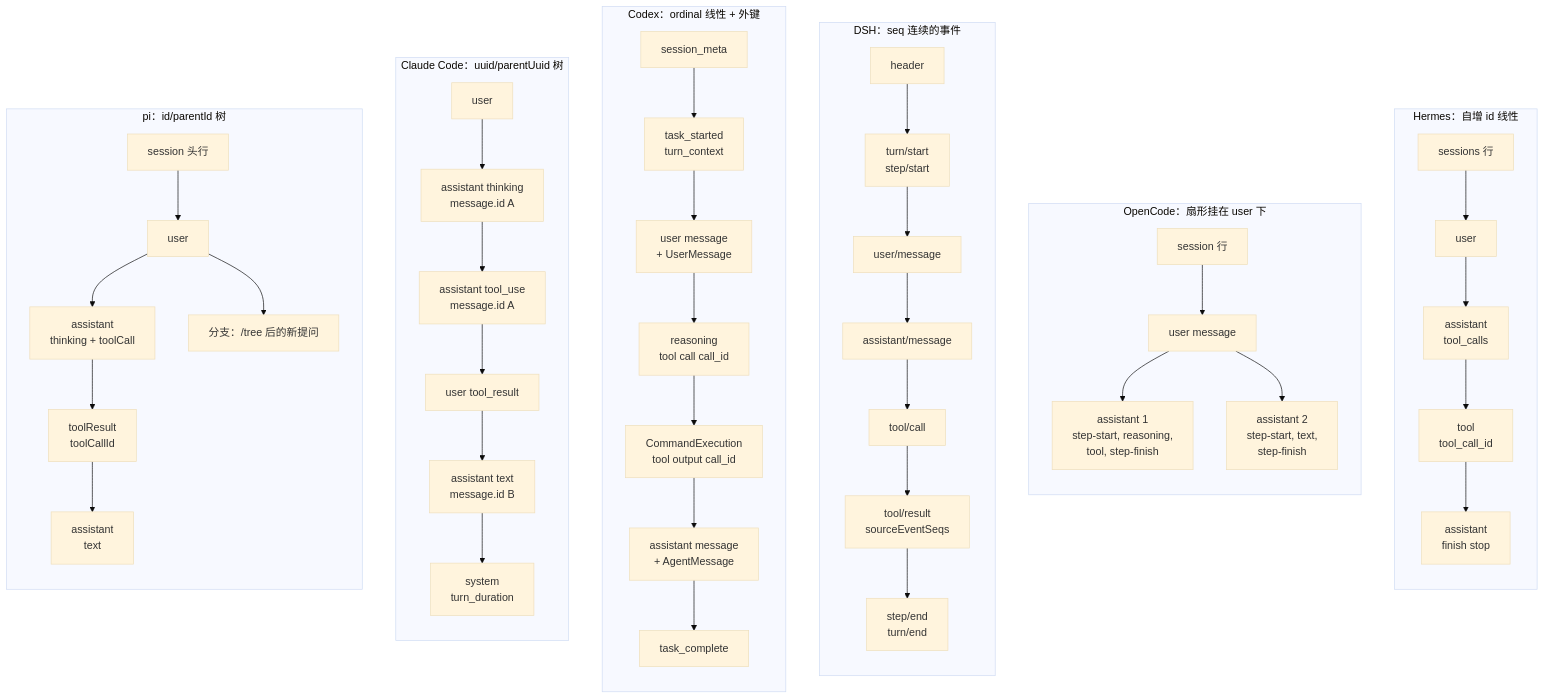
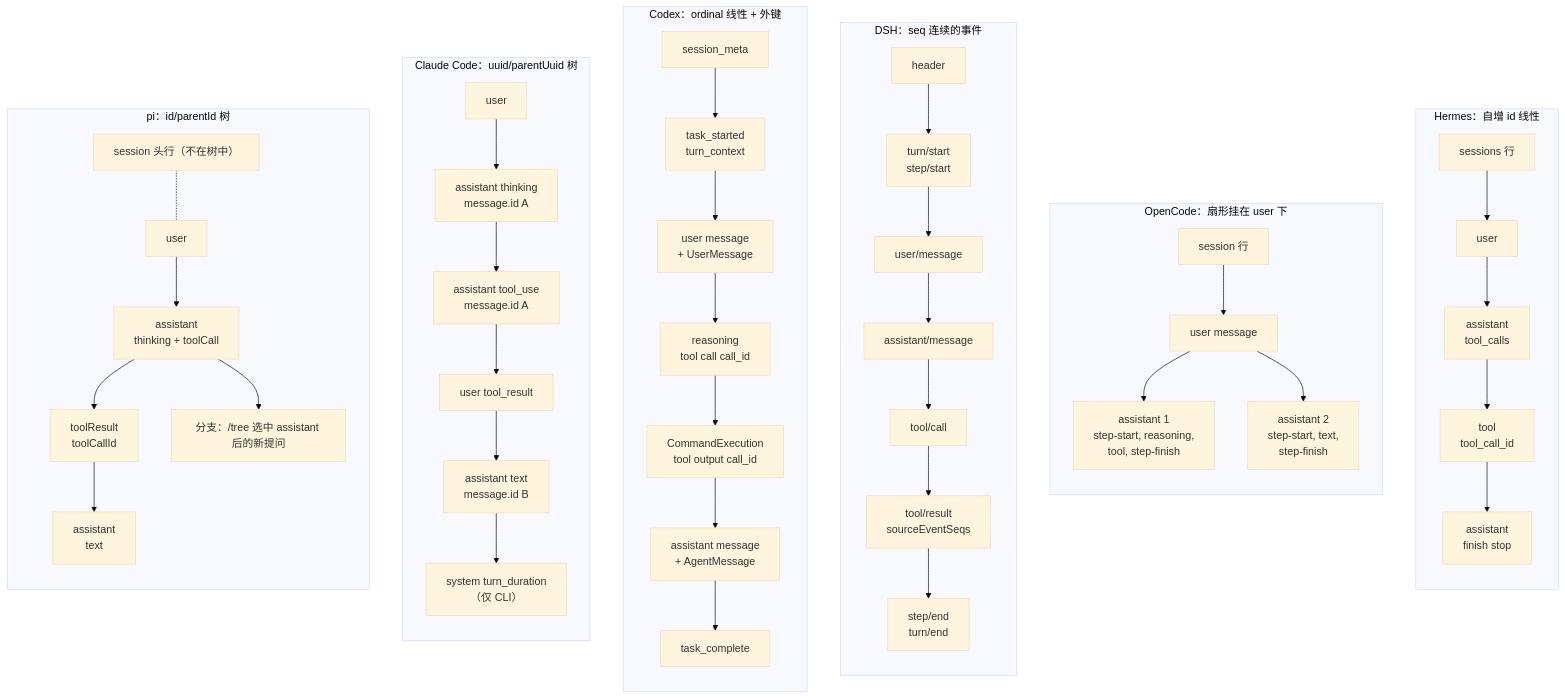
One commit to Orbit-Labs-AI/Orbit-Zhiyin changed the second of 2 diagrams in docs/research/agent-sessions/README.md. Above: the diagram before and after it, drawn with Mermaid (base theme). The commit also changed other lines of this file, not shown here.

````diff
--- a/docs/research/agent-sessions/README.md
+++ b/docs/research/agent-sessions/README.md
@@ -83,31 +83,31 @@
 ```mermaid
 flowchart LR
   subgraph PI["pi：id/parentId 树"]
     direction TB
-    p0["session 头行"] --> p1["user"] --> p2["assistant<br/>thinking + toolCall"] --> p3["toolResult<br/>toolCallId"] --> p4["assistant<br/>text"]
-    p1 --> p5["分支：/tree 后的新提问"]
+    p0["session 头行（不在树中）"] -.- p1["user"] --> p2["assistant<br/>thinking + toolCall"] --> p3["toolResult<br/>toolCallId"] --> p4["assistant<br/>text"]
+    p2 --> p5["分支：/tree 选中 assistant 后的新提问"]
   end
   subgraph CC["Claude Code：uuid/parentUuid 树"]
     direction TB
-    c1["user"] --> c2["assistant thinking<br/>message.id A"] --> c3["assistant tool_use<br/>message.id A"] --> c4["user tool_result"] --> c5["assistant text<br/>message.id B"] --> c6["system<br/>turn_duration"]
+    c1["user"] --> c2["assistant thinking<br/>message.id A"] --> c3["assistant tool_use<br/>message.id A"] --> c4["user tool_result"] --> c5["assistant text<br/>message.id B"] --> c6["system turn_duration<br/>（仅 CLI）"]
   end
   subgraph CX["Codex：ordinal 线性 + 外键"]
     direction TB
     x0["session_meta"] --> x1["task_started<br/>turn_context"] --> x2["user message<br/>+ UserMessage"] --> x3["reasoning<br/>tool call call_id"] --> x4["CommandExecution<br/>tool output call_id"] --> x5["assistant message<br/>+ AgentMessage"] --> x6["task_complete"]
   end
   subgraph DS["DSH：seq 连续的事件"]
     direction TB
     d0["header"] --> d1["turn/start<br/>step/start"] --> d2["user/message"] --> d3["assistant/message"] --> d4["tool/call"] --> d5["tool/result<br/>sourceEventSeqs"] --> d6["step/end<br/>turn/end"]
   end
   subgraph OC["OpenCode：扇形挂在 user 下"]
     direction TB
     o0["session 行"] --> o1["user message"]
     o1 --> o2["assistant 1<br/>step-start, reasoning,<br/>tool, step-finish"]
     o1 --> o3["assistant 2<br/>step-start, text,<br/>step-finish"]
   end
   subgraph HM["Hermes：自增 id 线性"]
     direction TB
     h0["sessions 行"] --> h1["user"] --> h2["assistant<br/>tool_calls"] --> h3["tool<br/>tool_call_id"] --> h4["assistant<br/>finish stop"]
   end
   PI ~~~ CC ~~~ CX ~~~ DS ~~~ OC ~~~ HM
 ```
````
